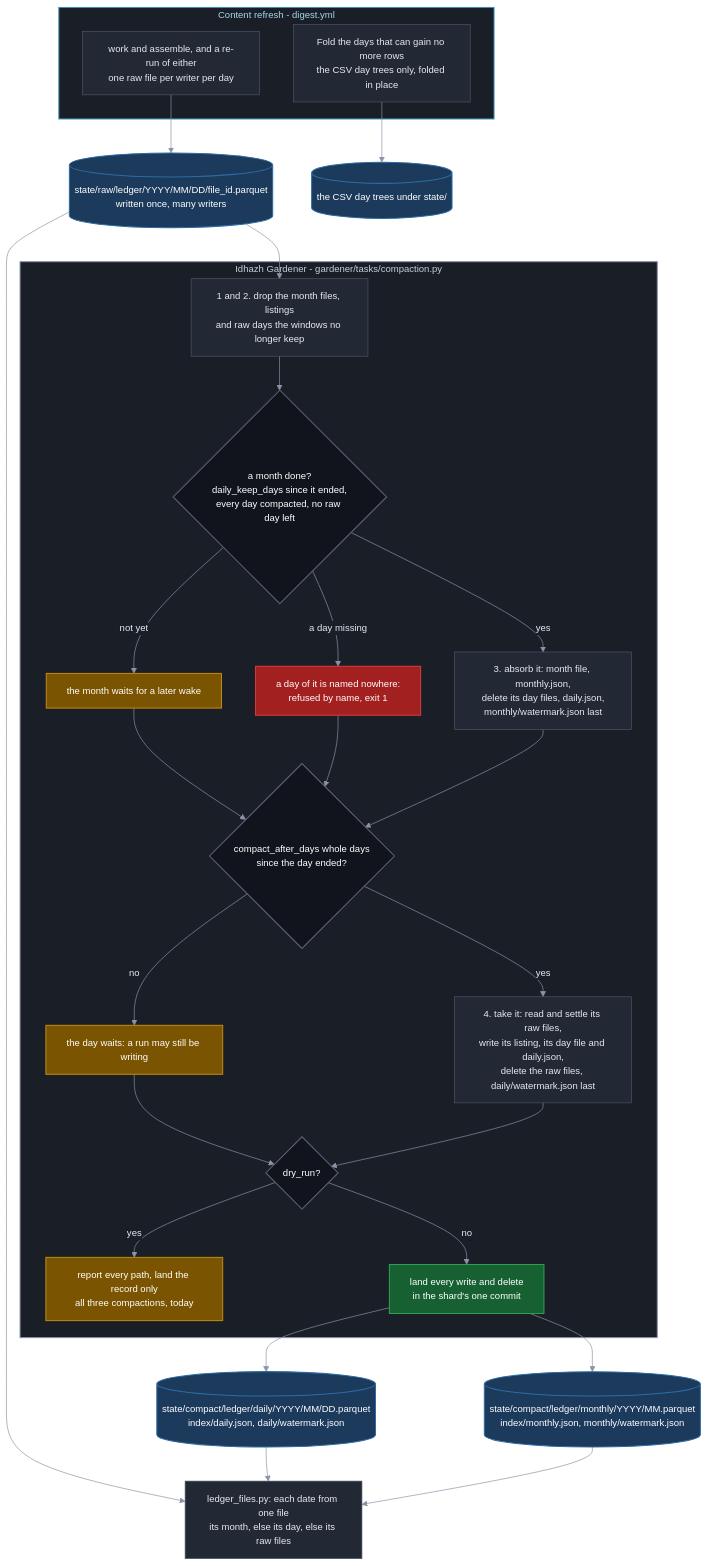
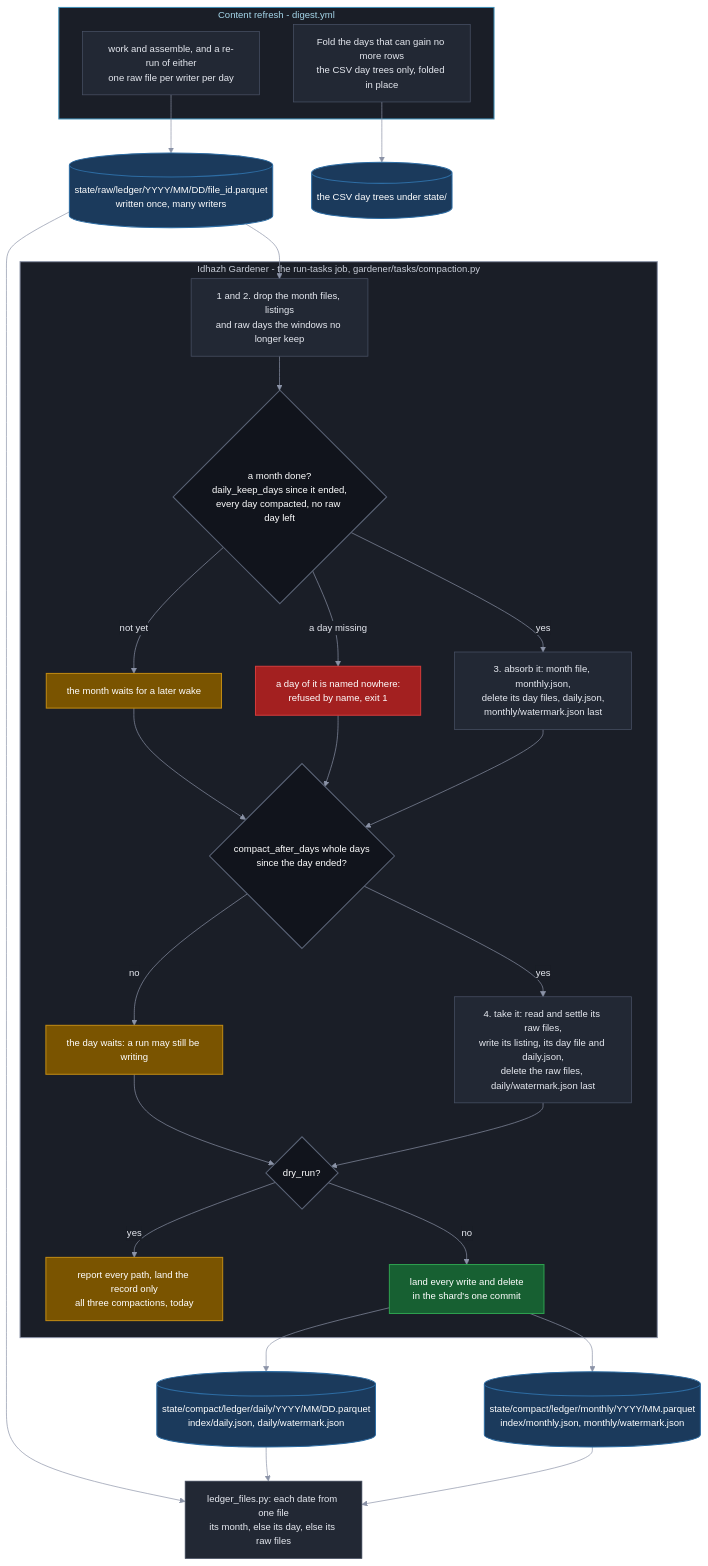
The second of 2 diagrams in docs/architecture/publishing/idhazh-gardener.md (miztiik/yen-idhazh), drawn with Mermaid before and after one commit. The commit also changed other lines of this file and 24 other files, not shown here.

````diff
--- a/docs/architecture/publishing/idhazh-gardener.md
+++ b/docs/architecture/publishing/idhazh-gardener.md
@@ -257,69 +345,69 @@
 ```mermaid
 %%{init: {"theme": "base", "themeVariables": {"background": "#0f1117", "primaryColor": "#222834", "primaryTextColor": "#e6e9f0", "primaryBorderColor": "#4b5468", "lineColor": "#8b93a7", "textColor": "#e6e9f0", "clusterBkg": "#1a1e27", "clusterBorder": "#3a4254", "titleColor": "#e6e9f0", "edgeLabelBackground": "#1a1e27", "fontSize": "14px"}}}%%
 flowchart TB
   subgraph REFRESH["Content refresh - digest.yml"]
     W["work and assemble, and a re-run of either<br/>one raw file per writer per day"]
     FOLD["Fold the days that can gain no more rows<br/>the CSV day trees only, folded in place"]
   end
 
   RAWF[("state/raw/ledger/YYYY/MM/DD/file_id.parquet<br/>written once, many writers")]
   CSV[("the CSV day trees under state/")]
 
-  subgraph GARDEN["Idhazh Gardener - gardener/tasks/compaction.py"]
+  subgraph GARDEN["Idhazh Gardener - the run-tasks job, gardener/tasks/compaction.py"]
     DROP["1 and 2. drop the month files, listings<br/>and raw days the windows no longer keep"]
     MDONE{"a month done?<br/>daily_keep_days since it ended,<br/>every day compacted, no raw day left"}
     MWAIT["the month waits for a later wake"]
     MHOLE["a day of it is named nowhere:<br/>refused by name, exit 1"]
     ABSORB["3. absorb it: month file, monthly.json,<br/>delete its day files, daily.json,<br/>monthly/watermark.json last"]
     DDUE{"compact_after_days whole days<br/>since the day ended?"}
     DHOLD["the day waits: a run may still be writing"]
     TAKE["4. take it: read and settle its raw files,<br/>write its listing, its day file and daily.json,<br/>delete the raw files, daily/watermark.json last"]
     DRY{"dry_run?"}
     REPORT["report every path, land the record only<br/>all three compactions, today"]
     LAND["land every write and delete<br/>in the shard's one commit"]
   end
 
   DAILY[("state/compact/ledger/daily/YYYY/MM/DD.parquet<br/>index/daily.json, daily/watermark.json")]
   MONTHLY[("state/compact/ledger/monthly/YYYY/MM.parquet<br/>index/monthly.json, monthly/watermark.json")]
   READER["ledger_files.py: each date from one file<br/>its month, else its day, else its raw files"]
 
   W --> RAWF
   FOLD --> CSV
   RAWF --> DROP
   DROP --> MDONE
   MDONE -->|"not yet"| MWAIT
   MDONE -->|"a day missing"| MHOLE
   MDONE -->|"yes"| ABSORB
   MWAIT --> DDUE
   MHOLE --> DDUE
   ABSORB --> DDUE
   DDUE -->|"no"| DHOLD
   DDUE -->|"yes"| TAKE
   DHOLD --> DRY
   TAKE --> DRY
   DRY -->|"yes"| REPORT
   DRY -->|"no"| LAND
   LAND --> DAILY
   LAND --> MONTHLY
   RAWF --> READER
   DAILY --> READER
   MONTHLY --> READER
 
   classDef stage fill:#222834,stroke:#4b5468,stroke-width:1px,color:#e6e9f0;
   classDef decision fill:#11141c,stroke:#5b6477,stroke-width:1.5px,color:#ffffff;
   classDef yes fill:#176032,stroke:#2ea04f,stroke-width:1.5px,color:#ffffff;
   classDef no fill:#a32020,stroke:#d23b3b,stroke-width:1.5px,color:#ffffff;
   classDef warn fill:#7a5400,stroke:#c08a12,stroke-width:1.5px,color:#ffffff;
   classDef ledger fill:#1b3a5c,stroke:#2d6ca3,stroke-width:1.5px,color:#ffffff;
   classDef sysOps fill:#1a1e27,stroke:#8b93a7,stroke-width:1.5px,color:#c8cdd8;
   classDef sysPublish fill:#1a1e27,stroke:#3f8fb8,stroke-width:1.5px,color:#a5d6ea;
 
   class W,FOLD,DROP,ABSORB,TAKE,READER stage;
   class MDONE,DDUE,DRY decision;
   class LAND yes;
   class MHOLE no;
   class MWAIT,DHOLD,REPORT warn;
   class RAWF,CSV,DAILY,MONTHLY ledger;
   class REFRESH sysPublish;
   class GARDEN sysOps;
 ```
````
